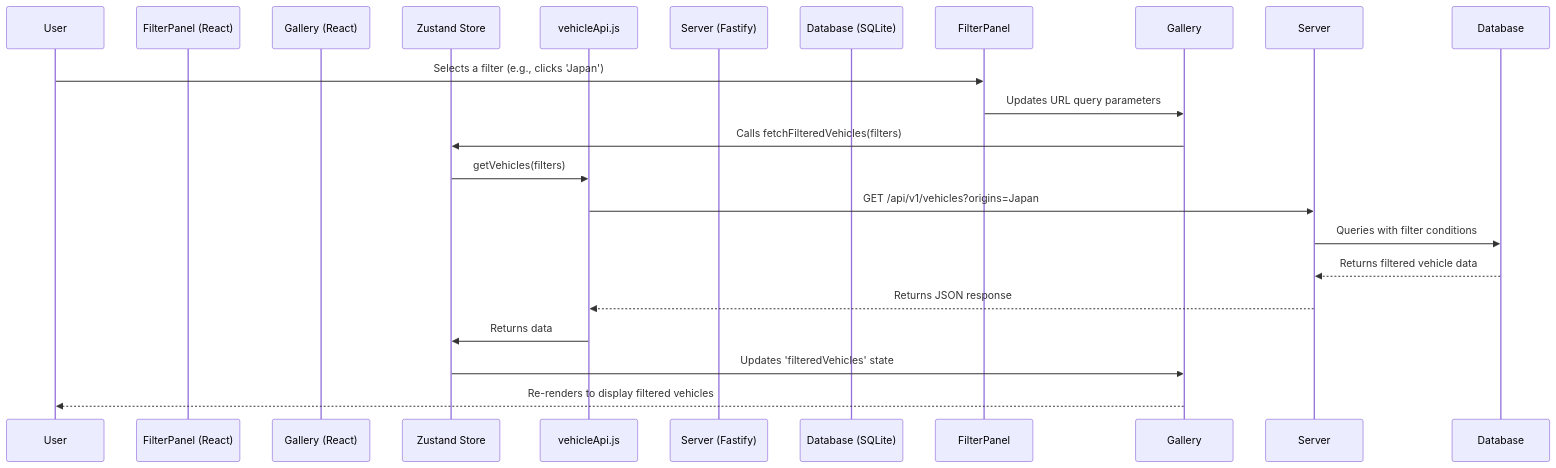
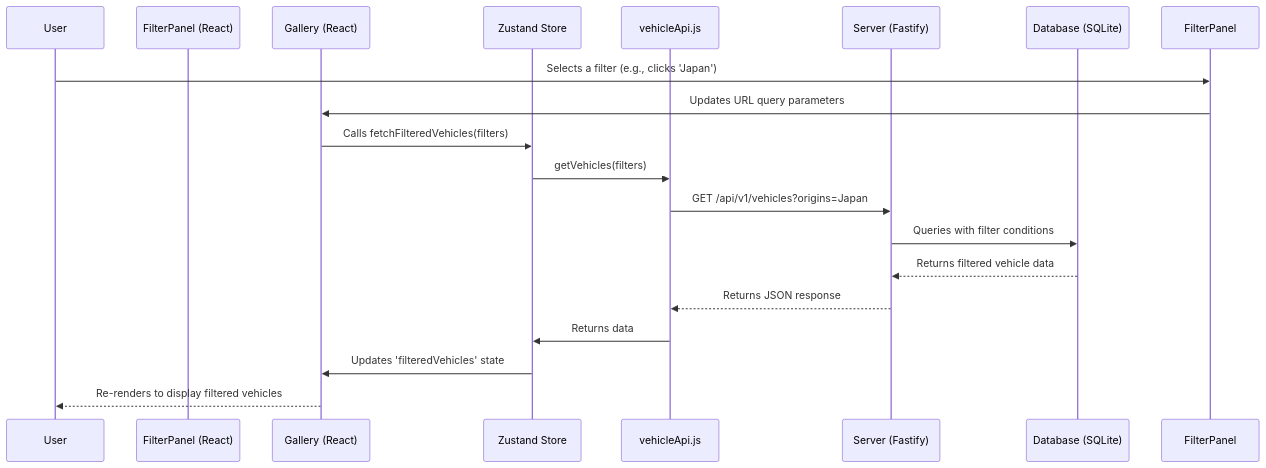
The fourth of 4 diagrams in README.md (alokkumar-projects/wex-automotive), drawn with Mermaid before and after one commit. The commit also changed other lines of this file, not shown here.

````diff
--- a/README.md
+++ b/README.md
@@ -103,22 +105,22 @@
 ```mermaid
 sequenceDiagram
     participant User
     participant FilterPanel (React)
     participant Gallery (React)
     participant Zustand Store
     participant vehicleApi.js
     participant Server (Fastify)
     participant Database (SQLite)
 
     User->>FilterPanel: Selects a filter (e.g., clicks 'Japan')
-    FilterPanel->>Gallery: Updates URL query parameters
-    Gallery->>Zustand Store: Calls fetchFilteredVehicles(filters)
+    FilterPanel->>Gallery (React): Updates URL query parameters
+    Gallery (React)->>Zustand Store: Calls fetchFilteredVehicles(filters)
     Zustand Store->>vehicleApi.js: getVehicles(filters)
-    vehicleApi.js->>Server: GET /api/v1/vehicles?origins=Japan
-    Server->>Database: Queries with filter conditions
-    Database-->>Server: Returns filtered vehicle data
-    Server-->>vehicleApi.js: Returns JSON response
+    vehicleApi.js->>Server (Fastify): GET /api/v1/vehicles?origins=Japan
+    Server (Fastify)->>Database (SQLite): Queries with filter conditions
+    Database (SQLite)-->>Server (Fastify): Returns filtered vehicle data
+    Server (Fastify)-->>vehicleApi.js: Returns JSON response
     vehicleApi.js->>Zustand Store: Returns data
-    Zustand Store->>Gallery: Updates 'filteredVehicles' state
-    Gallery-->>User: Re-renders to display filtered vehicles
+    Zustand Store->>Gallery (React): Updates 'filteredVehicles' state
+    Gallery (React)-->>User: Re-renders to display filtered vehicles
 ```
````
